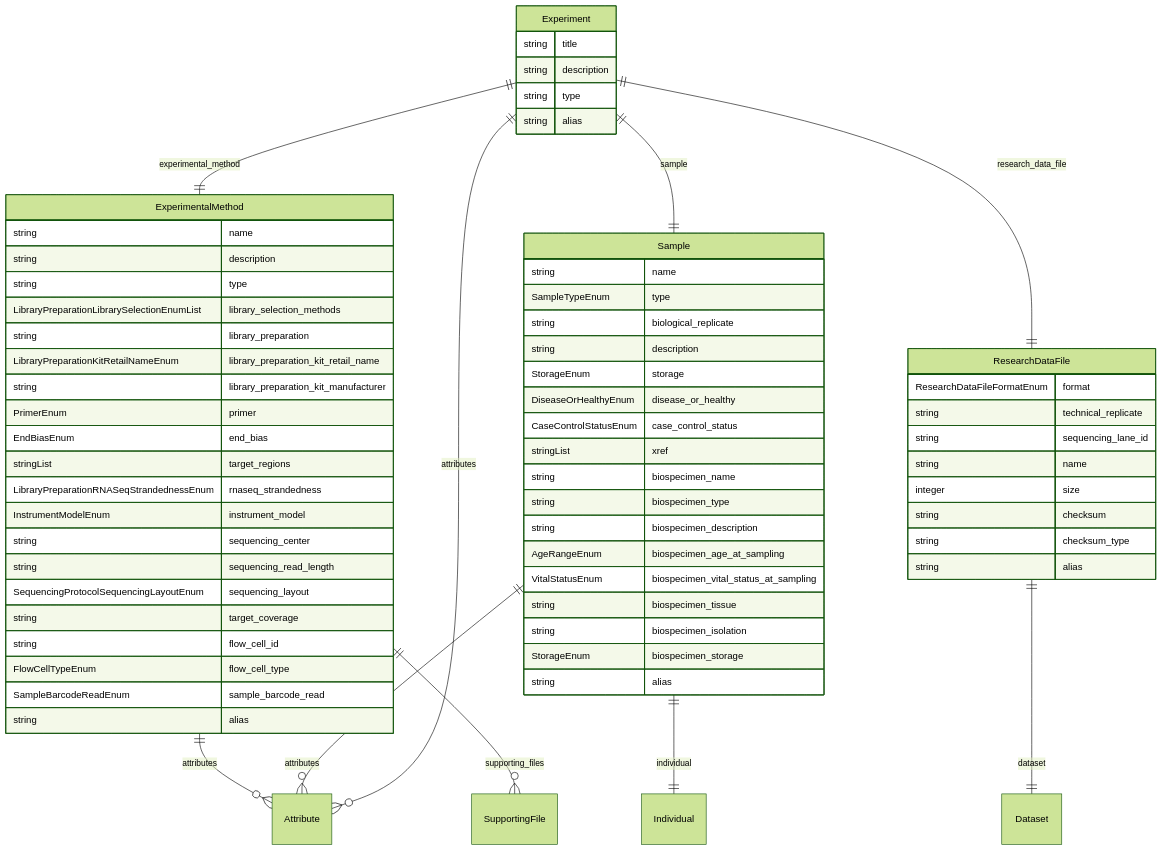
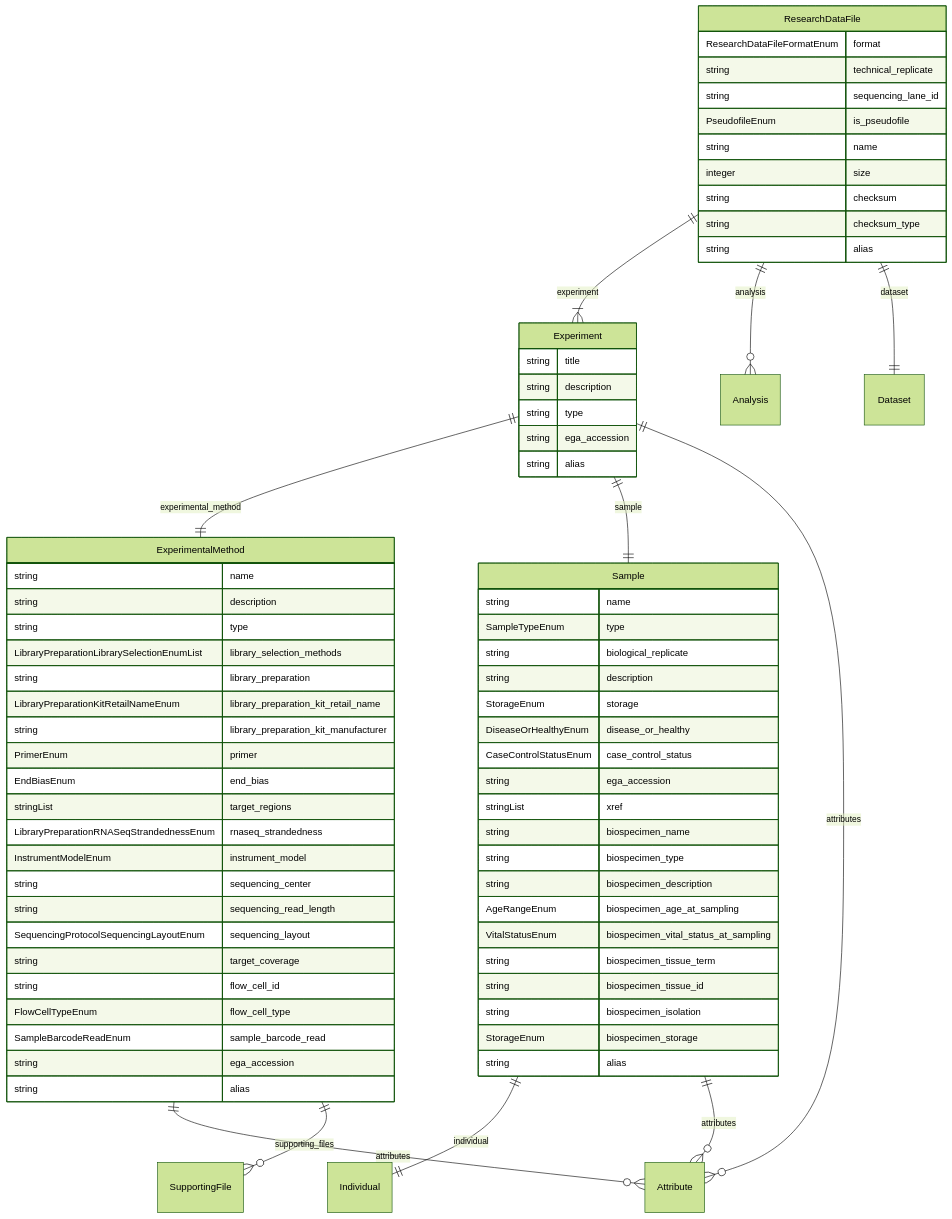
The fifth of 5 diagrams in docs/entity_relations.md (ghga-de/ghga-metadata-schema), drawn with Mermaid (forest theme) before and after one commit. The commit also changed other lines of this file and 73 other files, not shown here.

````diff
--- a/docs/entity_relations.md
+++ b/docs/entity_relations.md
@@ -196,71 +201,77 @@
 ```mermaid
 erDiagram
 ExperimentalMethod {
     string name  
     string description  
     string type  
     LibraryPreparationLibrarySelectionEnumList library_selection_methods  
     string library_preparation  
     LibraryPreparationKitRetailNameEnum library_preparation_kit_retail_name  
     string library_preparation_kit_manufacturer  
     PrimerEnum primer  
     EndBiasEnum end_bias  
     stringList target_regions  
     LibraryPreparationRNASeqStrandednessEnum rnaseq_strandedness  
     InstrumentModelEnum instrument_model  
     string sequencing_center  
     string sequencing_read_length  
     SequencingProtocolSequencingLayoutEnum sequencing_layout  
     string target_coverage  
     string flow_cell_id  
     FlowCellTypeEnum flow_cell_type  
     SampleBarcodeReadEnum sample_barcode_read  
+    string ega_accession  
     string alias  
 }
 ResearchDataFile {
     ResearchDataFileFormatEnum format  
     string technical_replicate  
     string sequencing_lane_id  
+    PseudofileEnum is_pseudofile  
     string name  
     integer size  
     string checksum  
     string checksum_type  
     string alias  
 }
 Sample {
     string name  
     SampleTypeEnum type  
     string biological_replicate  
     string description  
     StorageEnum storage  
     DiseaseOrHealthyEnum disease_or_healthy  
     CaseControlStatusEnum case_control_status  
+    string ega_accession  
     stringList xref  
     string biospecimen_name  
     string biospecimen_type  
     string biospecimen_description  
     AgeRangeEnum biospecimen_age_at_sampling  
     VitalStatusEnum biospecimen_vital_status_at_sampling  
-    string biospecimen_tissue  
+    string biospecimen_tissue_term  
+    string biospecimen_tissue_id  
     string biospecimen_isolation  
     StorageEnum biospecimen_storage  
     string alias  
 }
 Experiment {
     string title  
     string description  
     string type  
+    string ega_accession  
     string alias  
 }
 
 ExperimentalMethod ||--}o Attribute : "attributes"
 ExperimentalMethod ||--}o SupportingFile : "supporting_files"
+ResearchDataFile ||--}| Experiment : "experiment"
+ResearchDataFile ||--}o Analysis : "analysis"
 ResearchDataFile ||--|| Dataset : "dataset"
 Sample ||--|| Individual : "individual"
 Sample ||--}o Attribute : "attributes"
 Experiment ||--|| ExperimentalMethod : "experimental_method"
 Experiment ||--|| Sample : "sample"
-Experiment ||--|| ResearchDataFile : "research_data_file"
 Experiment ||--}o Attribute : "attributes"
 
 ```
````
